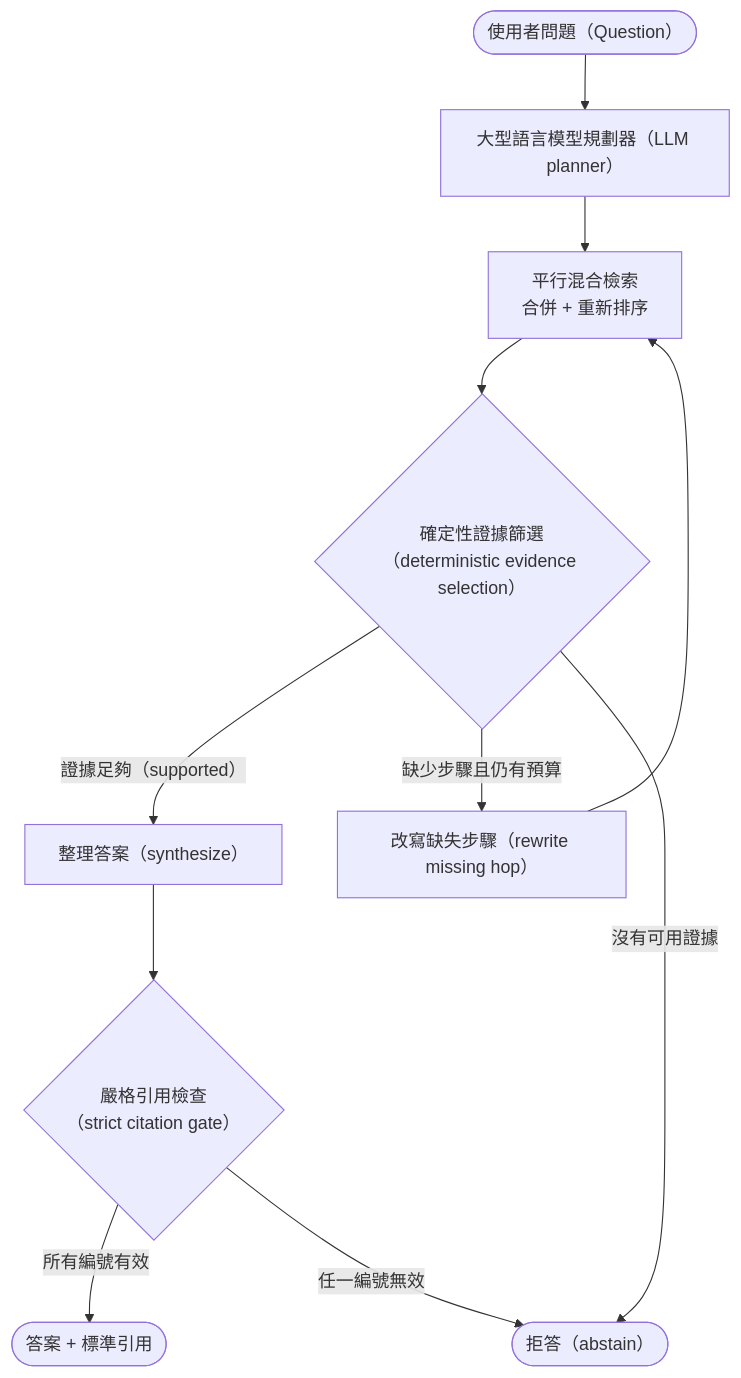
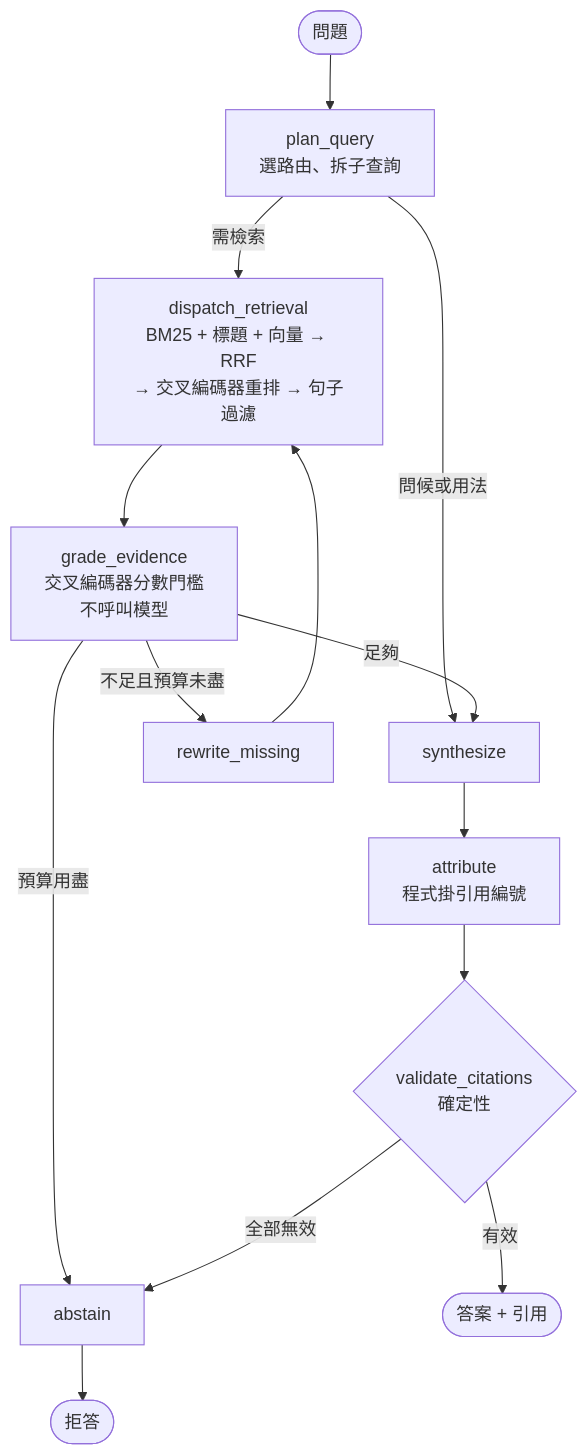
Before and after one commit to haoagentuse-glitch/frus-agentic-rag: the diagram in README.md, drawn with Mermaid. The commit also changed other lines of this file and 83 other files, not shown here.

````diff
--- a/README.md
+++ b/README.md
@@ -107,13 +66,16 @@
 ```mermaid
 flowchart TD
-    Q(["使用者問題（Question）"]) --> P["大型語言模型規劃器（LLM planner）"]
-    P --> R["平行混合檢索<br/>合併 + 重新排序"]
-    R --> G{"確定性證據篩選<br/>（deterministic evidence selection）"}
-    G -->|"證據足夠（supported）"| S["整理答案（synthesize）"]
-    G -->|"缺少步驟且仍有預算"| W["改寫缺失步驟（rewrite missing hop）"]
+    Q(["問題"]) --> P["plan_query<br/>選路由、拆子查詢"]
+    P -->|需檢索| R["dispatch_retrieval<br/>BM25 + 標題 + 向量 → RRF<br/>→ 交叉編碼器重排 → 句子過濾"]
+    P -->|問候或用法| Y["synthesize"]
+    R --> G["grade_evidence<br/>交叉編碼器分數門檻<br/>不呼叫模型"]
+    G -->|足夠| Y
+    G -->|不足且預算未盡| W["rewrite_missing"]
+    G -->|預算用盡| X["abstain"]
     W --> R
-    G -->|"沒有可用證據"| X(["拒答（abstain）"])
-    S --> C{"嚴格引用檢查<br/>（strict citation gate）"}
-    C -->|"所有編號有效"| O(["答案 + 標準引用"])
-    C -->|"任一編號無效"| X
+    Y --> A["attribute<br/>程式掛引用編號"]
+    A --> V{"validate_citations<br/>確定性"}
+    V -->|有效| E(["答案 + 引用"])
+    V -->|全部無效| X
+    X --> Z(["拒答"])
 ```
````
